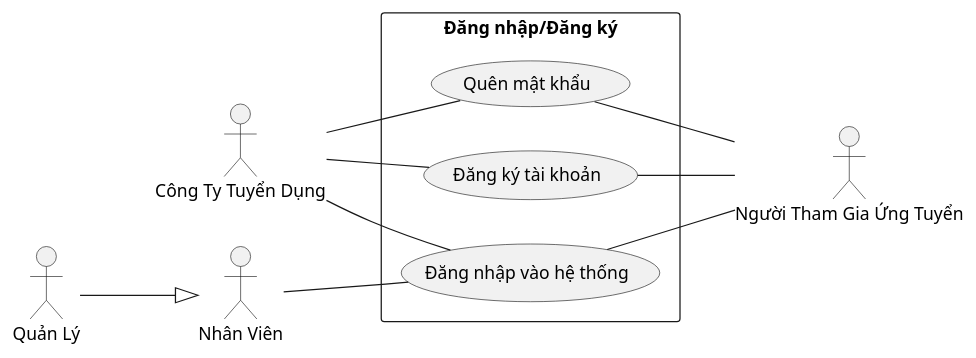
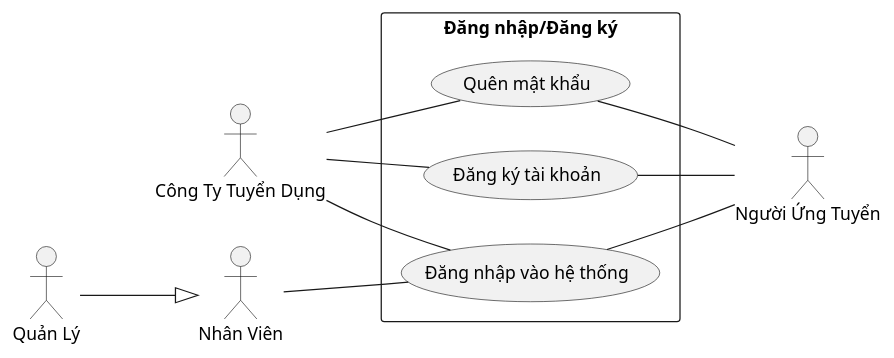
Before and after one commit to Griselda4774/EAS-EmploymentAssistanceSystem: the diagram in 2. Diagram/Use case/FilePUML/1. DangNhapDangKy.puml, drawn with PlantUML. The commit also changed 16 other files, not shown here.

```diff
--- a/2. Diagram/Use case/FilePUML/1. DangNhapDangKy.puml
+++ b/2. Diagram/Use case/FilePUML/1. DangNhapDangKy.puml
@@ -1,18 +1,24 @@
-@startuml
+@startuml DangNhap/DangKy
 left to right direction
-actor NhanVien as "Nhân Viên"
-actor QuanLy as "Quản Lý"
-actor NguoiThamGiaUngTuyen as "Người Tham Gia Ứng Tuyển"
-actor CongTyTuyenDung as "Công Ty Tuyển Dụng"
-QuanLy --^ NhanVien
+actor nhanVien as "Nhân Viên"
+actor quanLy as "Quản Lý"
+actor nguoiUngTuyen as "Người Ứng Tuyển"
+actor congTy as "Công Ty Tuyển Dụng"
+quanLy --^ nhanVien
 rectangle "Đăng nhập/Đăng ký" {
-  NguoiThamGiaUngTuyen -- (Đăng nhập vào hệ thống)
-  CongTyTuyenDung -- (Đăng nhập vào hệ thống)
-  NhanVien -- (Đăng nhập vào hệ thống)
-  (Đăng ký tài khoản) -- NguoiThamGiaUngTuyen
-  CongTyTuyenDung -- (Đăng ký tài khoản)
-  (Quên mật khẩu) -- NguoiThamGiaUngTuyen
-  CongTyTuyenDung -- (Quên mật khẩu)
+    usecase "Đăng nhập vào hệ thống" as dangNhap
+    usecase "Đăng ký tài khoản" as dangKyTaiKhoan
+    usecase "Quên mật khẩu" as quenMatKhau
 }
+nhanVien -- dangNhap
+
+congTy -- dangNhap
+congTy -- dangKyTaiKhoan
+congTy -- quenMatKhau
+
+
+dangNhap -- nguoiUngTuyen
+dangKyTaiKhoan -- nguoiUngTuyen
+quenMatKhau -- nguoiUngTuyen
 
 @enduml
```
